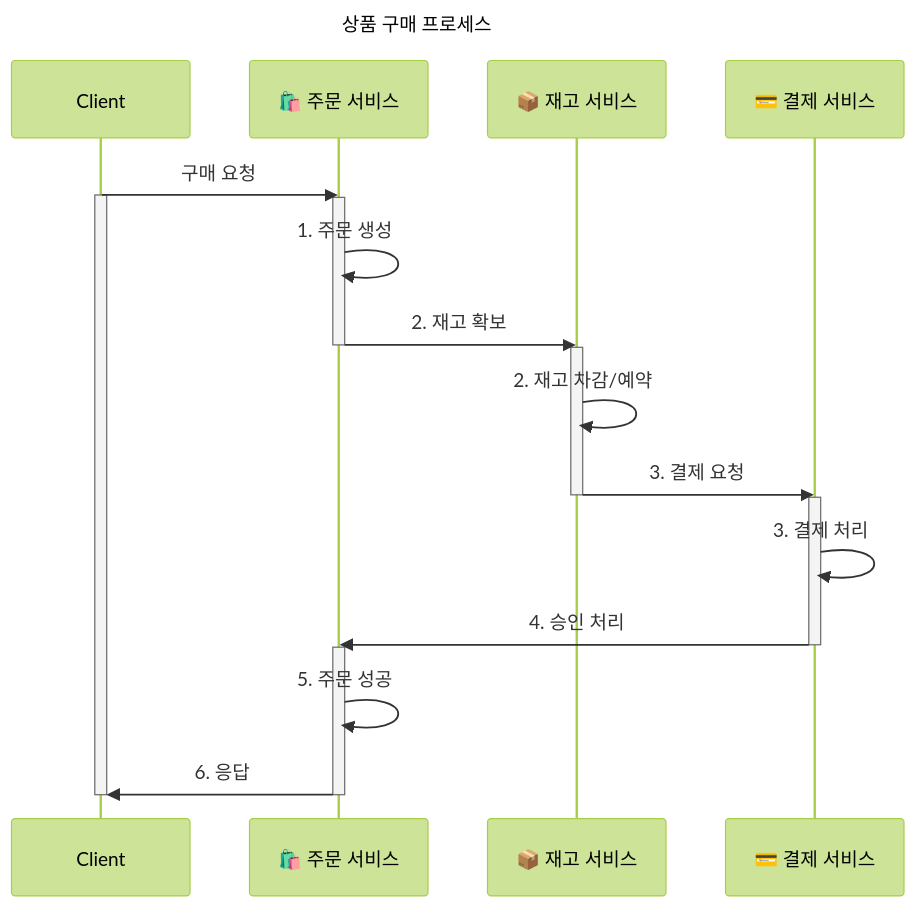
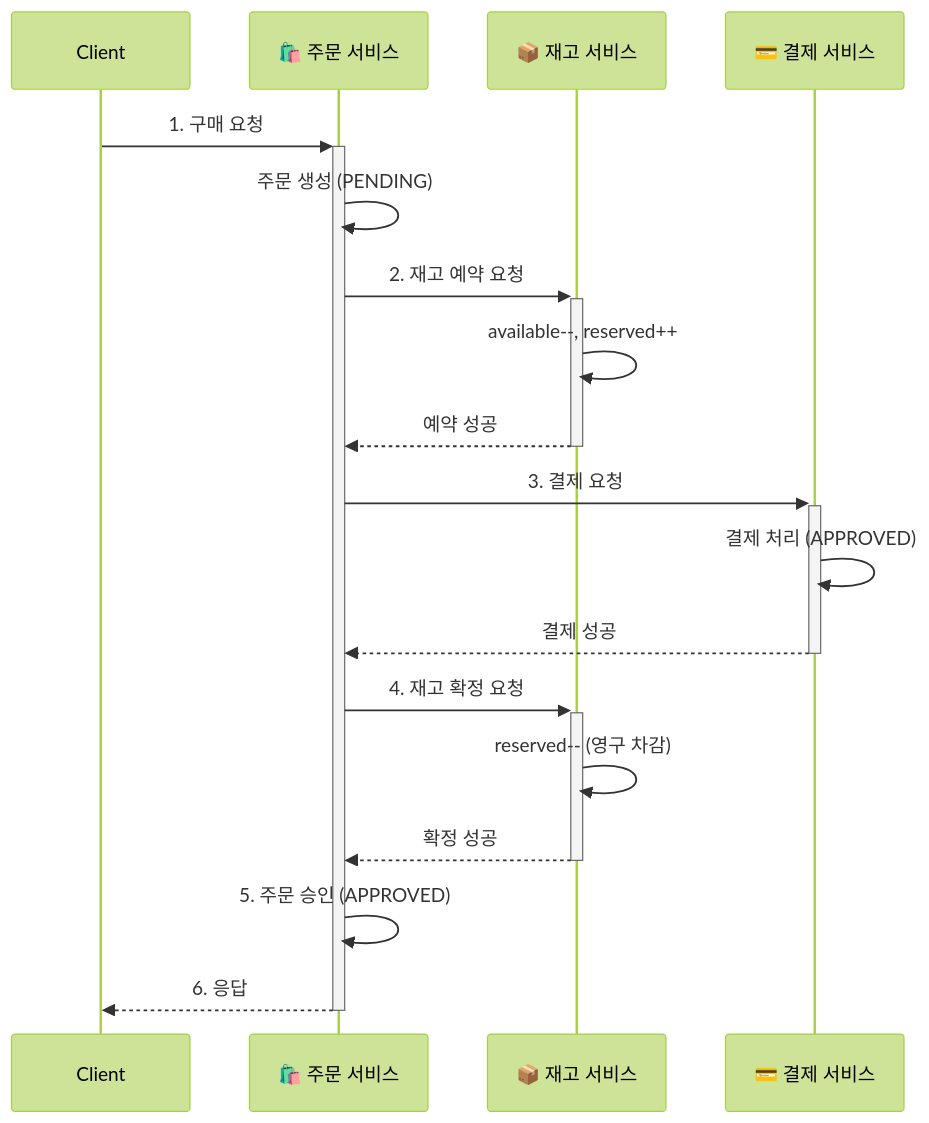
The diagram in README.md (kimjunyoung90/saga-examples), drawn with Mermaid (forest theme) before and after one commit. The commit also changed other lines of this file and 13 other files, not shown here.

````diff
--- a/README.md
+++ b/README.md
@@ -27,36 +28,21 @@
 ```mermaid
 sequenceDiagram
     participant Client
     participant OS as 🛍️ 주문 서비스
     participant IS as 📦 재고 서비스
     participant PS as 💳 결제 서비스
 
-    title 상품 구매 프로세스
-
-    %% --- 성공 흐름 (왼쪽) ---
-        Client->> OS: 구매 요청
-        activate Client
-    
-        activate OS
-        OS->>OS: 1. 주문 생성
-        OS->>IS: 2. 재고 확보
-        deactivate OS
-
-        activate IS
-        IS->>IS: 2. 재고 차감/예약
-        IS->>PS: 3. 결제 요청
-        deactivate IS
-        
-        activate PS
-        PS->>PS: 3. 결제 처리
-        PS->>OS: 4. 승인 처리
-        deactivate PS
-        
-        activate OS
-        OS->>OS: 5. 주문 성공
-        OS->>Client: 6. 응답
-        deactivate OS
-        
-        
-        deactivate Client
+    Client->>+OS: 1. 구매 요청
+    OS->>OS: 주문 생성 (PENDING)
+    OS->>+IS: 2. 재고 예약 요청
+    IS->>IS: available--, reserved++
+    IS-->>-OS: 예약 성공
+    OS->>+PS: 3. 결제 요청
+    PS->>PS: 결제 처리 (APPROVED)
+    PS-->>-OS: 결제 성공
+    OS->>+IS: 4. 재고 확정 요청
+    IS->>IS: reserved-- (영구 차감)
+    IS-->>-OS: 확정 성공
+    OS->>OS: 5. 주문 승인 (APPROVED)
+    OS-->>-Client: 6. 응답
 ```
````
